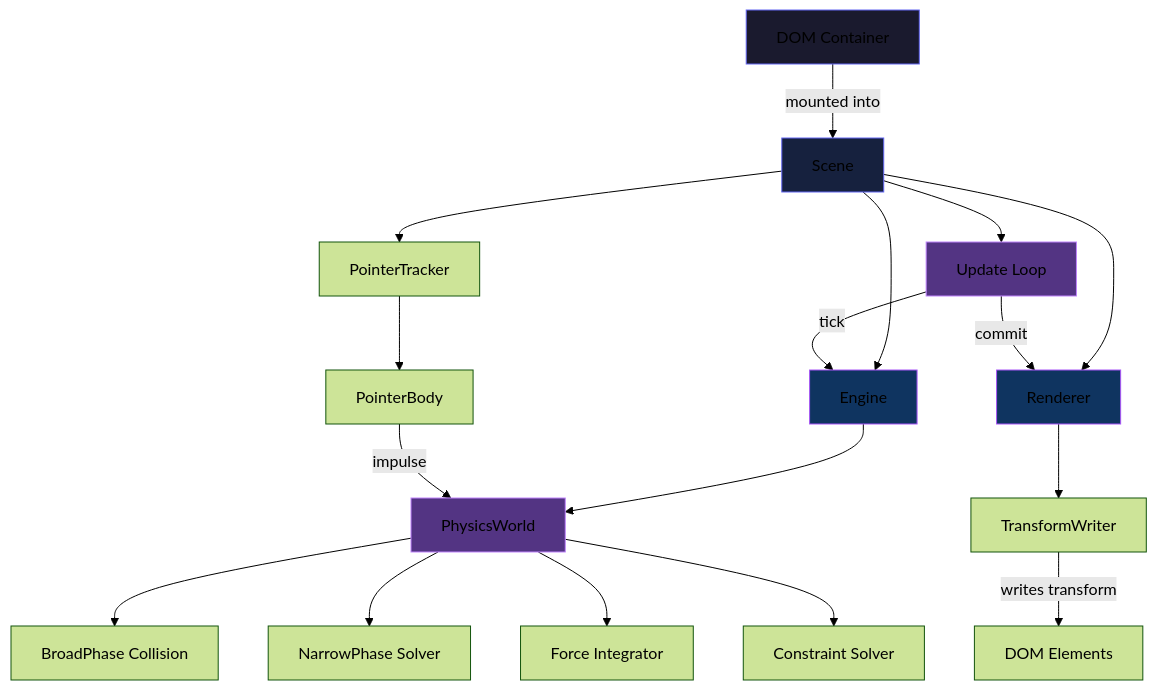
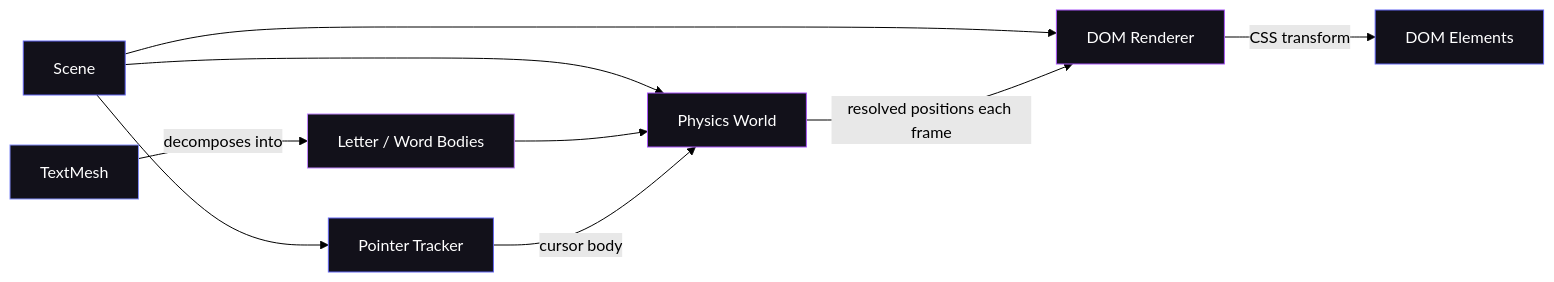
The diagram in README.md (sxwik/TextMesh), drawn with Mermaid (forest theme) before and after one commit. The commit also changed other lines of this file, not shown here.

````diff
--- a/README.md
+++ b/README.md
@@ -444,30 +231,22 @@
 ```mermaid
-graph TD
-    A[DOM Container] -->|mounted into| B[Scene]
-    B --> C[Engine]
-    B --> D[Renderer]
-    B --> E[PointerTracker]
+graph LR
+    A[Scene] --> B[Physics World]
+    A --> C[DOM Renderer]
+    A --> D[Pointer Tracker]
 
-    C --> F[PhysicsWorld]
-    F --> G[BroadPhase Collision]
-    F --> H[NarrowPhase Solver]
-    F --> I[Force Integrator]
-    F --> J[Constraint Solver]
+    E[TextMesh] -->|decomposes into| F[Letter / Word Bodies]
+    F --> B
 
-    D --> K[TransformWriter]
-    K -->|writes transform| L[DOM Elements]
+    D -->|cursor body| B
 
-    E --> M[PointerBody]
-    M -->|impulse| F
+    B -->|resolved positions each frame| C
+    C -->|CSS transform| G[DOM Elements]
 
-    B --> N[Update Loop]
-    N -->|tick| C
-    N -->|commit| D
-
-    style A fill:#1a1a2e,stroke:#6366F1
-    style B fill:#16213e,stroke:#6366F1
-    style C fill:#0f3460,stroke:#A855F7
-    style D fill:#0f3460,stroke:#A855F7
-    style F fill:#533483,stroke:#C084FC
-    style N fill:#533483,stroke:#C084FC
+    style A fill:#12111a,stroke:#6366F1,color:#fff
+    style B fill:#12111a,stroke:#A855F7,color:#fff
+    style C fill:#12111a,stroke:#A855F7,color:#fff
+    style D fill:#12111a,stroke:#6366F1,color:#fff
+    style E fill:#12111a,stroke:#818CF8,color:#fff
+    style F fill:#12111a,stroke:#C084FC,color:#fff
+    style G fill:#12111a,stroke:#6366F1,color:#fff
 ```
````
